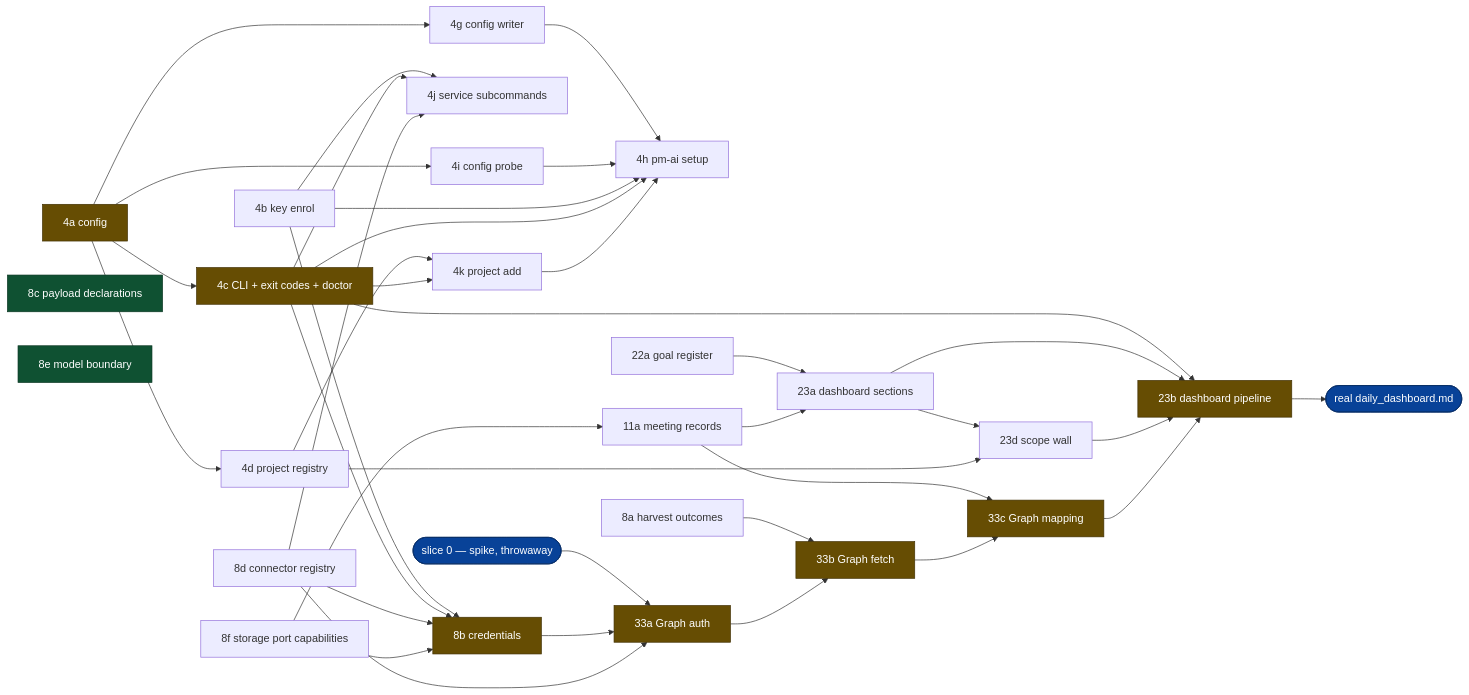
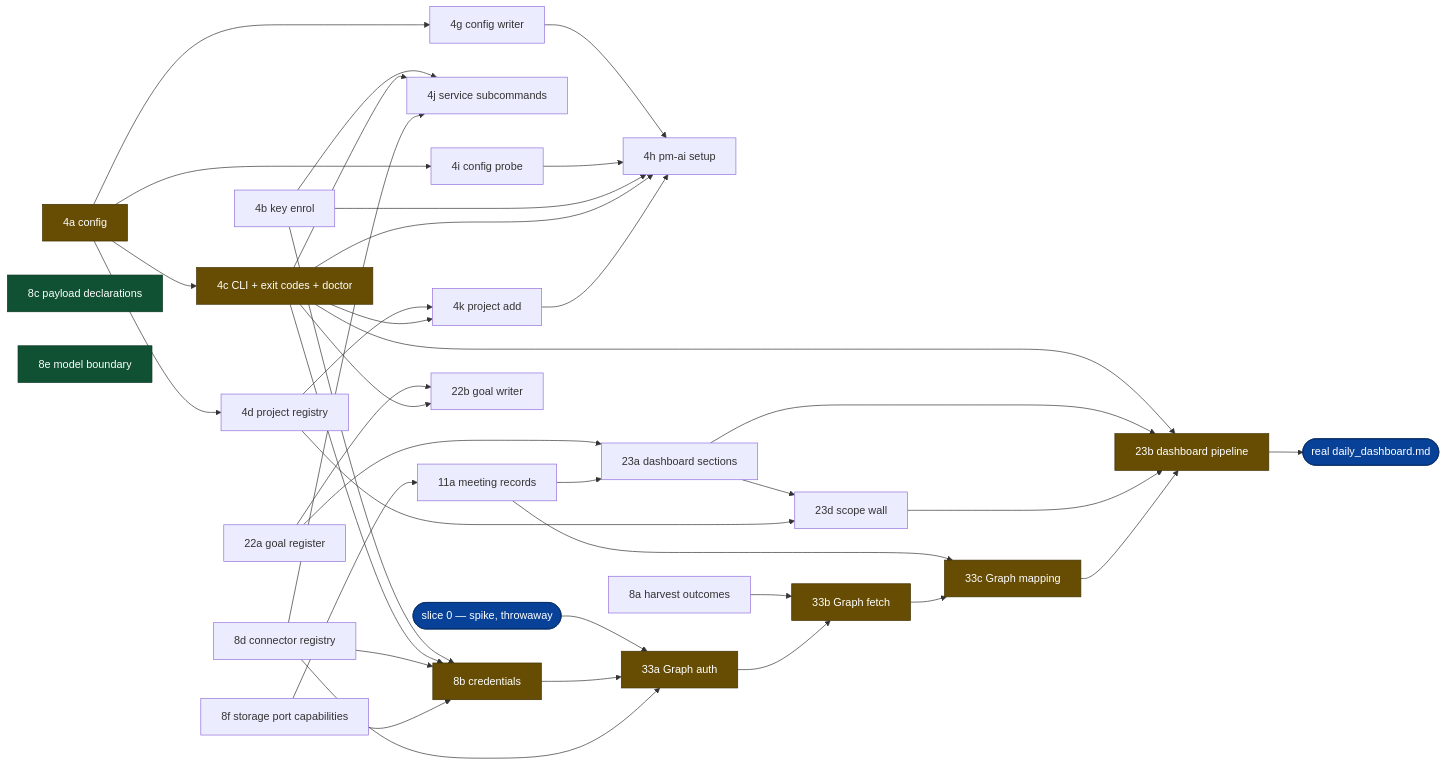
One commit to aramaniuk/pm-ai changed the third of 3 diagrams in _bmad-output/implementation-artifacts/prototype-path-2026-09-01.md. Above: the diagram before and after it, drawn with Mermaid. The commit also changed other lines of this file and 4 other files, not shown here.

````diff
--- a/_bmad-output/implementation-artifacts/prototype-path-2026-09-01.md
+++ b/_bmad-output/implementation-artifacts/prototype-path-2026-09-01.md
@@ -251,71 +251,74 @@
 ```mermaid
 flowchart LR
     s0(["slice 0 — spike, throwaway"])
     s4a["4a config"]
     s4b["4b key enrol"]
     s4c["4c CLI + exit codes + doctor"]
     s4j["4j service subcommands"]
     s4d["4d project registry"]
     s4k["4k project add"]
     s4g["4g config writer"]
     s4i["4i config probe"]
     s4h["4h pm-ai setup"]
     s8a["8a harvest outcomes"]
     s8d["8d connector registry"]
     s8f["8f storage port capabilities"]
     s8b["8b credentials"]
     s8c["8c payload declarations"]
     s8e["8e model boundary"]
     s11a["11a meeting records"]
     s22a["22a goal register"]
+    s22b["22b goal writer"]
     s33a["33a Graph auth"]
     s33b["33b Graph fetch"]
     s33c["33c Graph mapping"]
     s23a["23a dashboard sections"]
     s23d["23d scope wall"]
     s23b["23b dashboard pipeline"]
     done(["real daily_dashboard.md"])
 
     s0 --> s33a
     s4a --> s4c
     s4b --> s4j
     s4c --> s4j
     s8d --> s4j
     s4a --> s4d
     s4a --> s4g
     s4g --> s4h
     s4a --> s4i
     s4i --> s4h
     s4b --> s4h
     s4c --> s4h
     s4d --> s4k
     s4c --> s4k
     s4k --> s4h
     s4b --> s8b
     s4c --> s8b
     s8d --> s8b
     s8f --> s8b
     s8f --> s11a
     s8b --> s33a
     s8d --> s33a
     s8a --> s33b
     s33a --> s33b
     s11a --> s33c
     s33b --> s33c
+    s22a --> s22b
+    s4c --> s22b
     s22a --> s23a
     s11a --> s23a
     s23a --> s23d
     s4d --> s23d
     s4c --> s23b
     s23a --> s23b
     s23d --> s23b
     s33c --> s23b
     s23b --> done
 
     classDef crit fill:#664d03,stroke:#413003,color:#ffffff
     classDef island fill:#0f5132,stroke:#0a3622,color:#ffffff
     classDef goal fill:#084298,stroke:#052c65,color:#ffffff
     class s4a,s4c,s8b,s33a,s33b,s33c,s23b crit
     class s8c,s8e island
     class done,s0 goal
 ```
````
